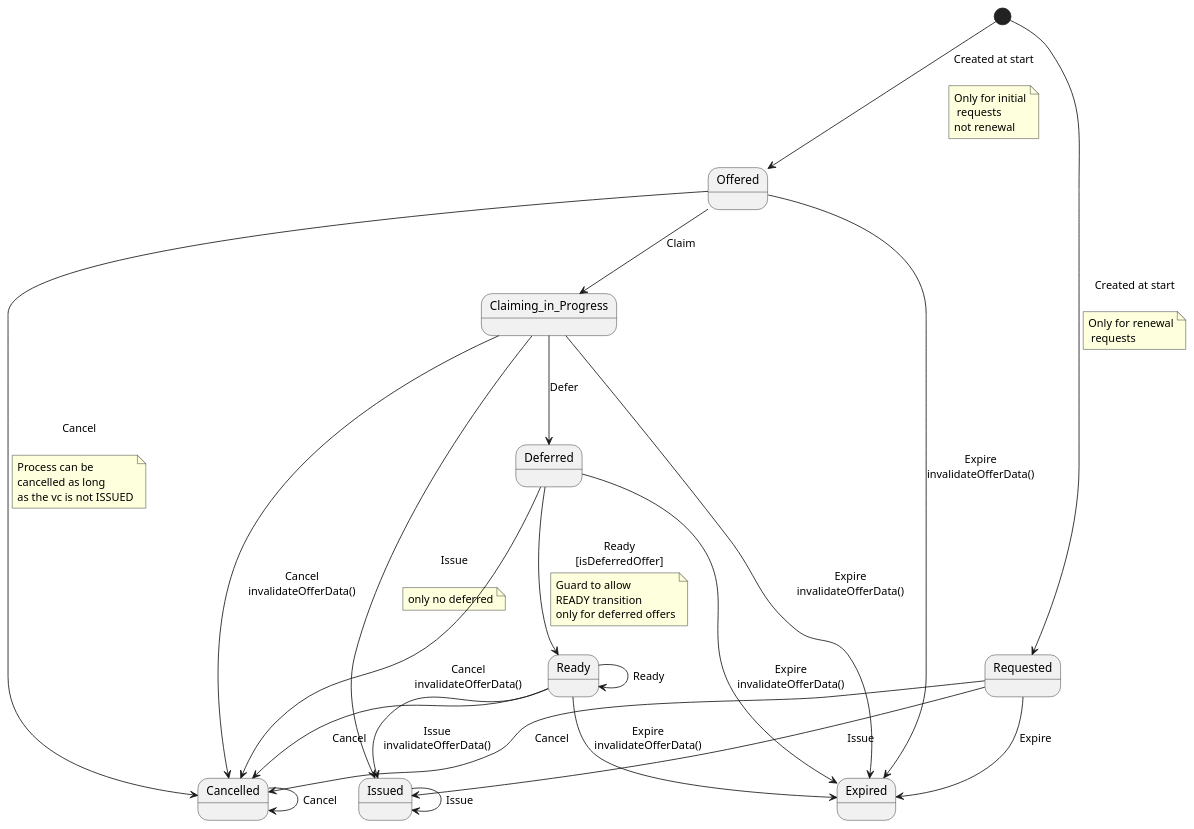
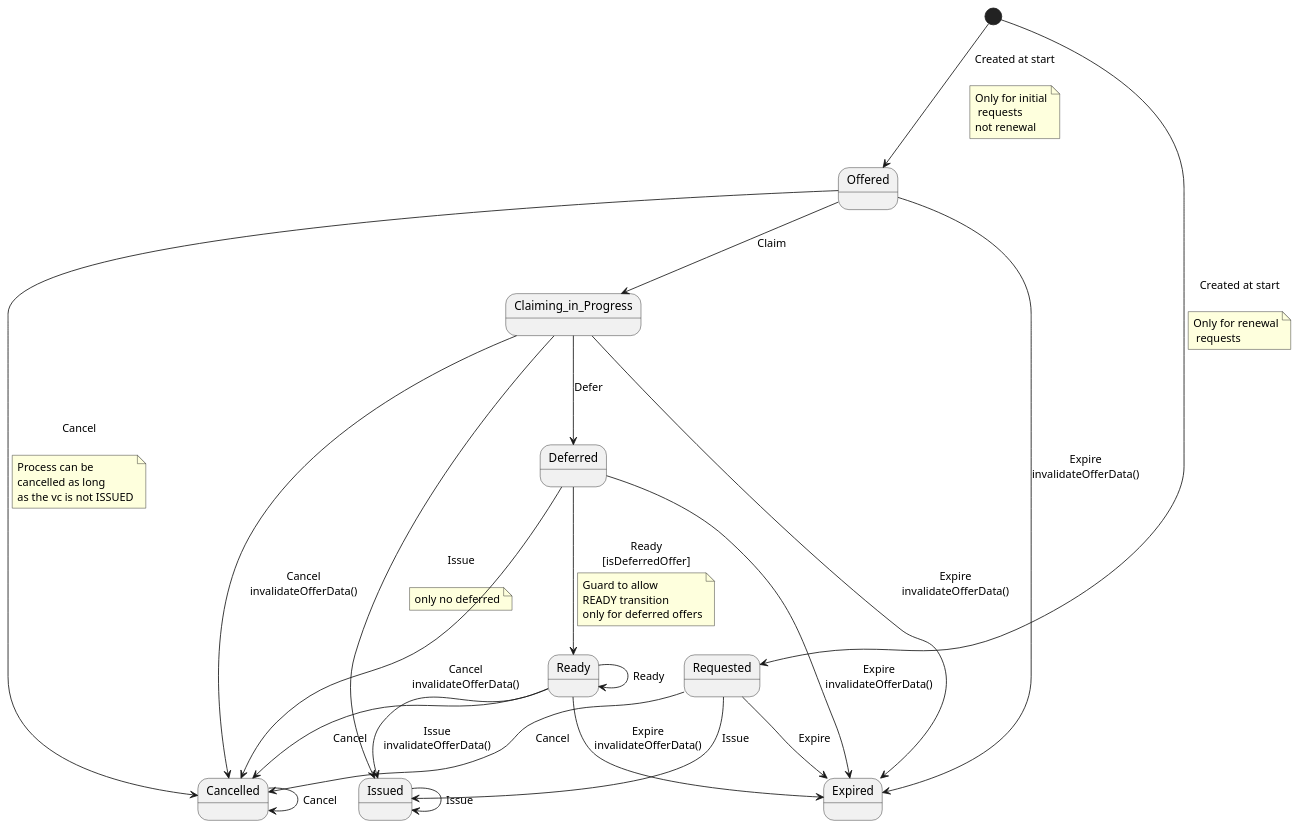
One commit to swiyu-admin-ch/swiyu-issuer changed the diagram in issuer-service/src/main/resources/plantuml/credentialOfferStateMachine.puml. Above: the diagram before and after it, drawn with PlantUML. The commit also changed other lines of this file and 16 other files, not shown here.

Commit message:
refactor(EIDOMNI-584): Add structure diagrams for CredentialManagement, CredentialMetadata, Issuance, StatusList, and WellKnown controllers

```diff
--- a/issuer-service/src/main/resources/plantuml/credentialOfferStateMachine.puml
+++ b/issuer-service/src/main/resources/plantuml/credentialOfferStateMachine.puml
@@ -1,58 +1,58 @@
 @startuml
+state Expired
+state Requested
+state Deferred
+state Issued
 state Claiming_in_Progress
-state Deferred
-state Requested
+state Ready
 state Offered
 state Cancelled
-state Ready
-state Expired
-state Issued
 [*] --> Offered : Created at start\n
 note on link
 Only for initial
  requests
 not renewal
 end note
 
 [*] --> Requested : Created at start\n
 note on link
 Only for renewal
  requests
 end note
 
 Requested --> Issued : Issue
 Requested --> Cancelled : Cancel
 Requested --> Expired : Expire
 Offered --> Cancelled : Cancel\n
 note on link
 Process can be
 cancelled as long
 as the vc is not ISSUED
 end note
 
 Offered --> Expired : Expire\ninvalidateOfferData()
 Offered --> Claiming_in_Progress : Claim
 Claiming_in_Progress --> Expired : Expire\ninvalidateOfferData()
 Claiming_in_Progress --> Deferred : Defer
 Claiming_in_Progress --> Issued : Issue\n
 note on link
 only no deferred
 end note
 
 Claiming_in_Progress --> Cancelled : Cancel\ninvalidateOfferData()
 Deferred --> Ready : Ready\n[isDeferredOffer]
 note on link
 Guard to allow
 READY transition
 only for deferred offers
 end note
 
 Deferred --> Expired : Expire\ninvalidateOfferData()
 Deferred --> Cancelled : Cancel\ninvalidateOfferData()
 Ready --> Issued : Issue\ninvalidateOfferData()
 Ready --> Expired : Expire\ninvalidateOfferData()
 Ready --> Cancelled : Cancel
 Ready --> Ready : Ready
 Issued --> Issued : Issue
 Cancelled --> Cancelled : Cancel
 @enduml
```
